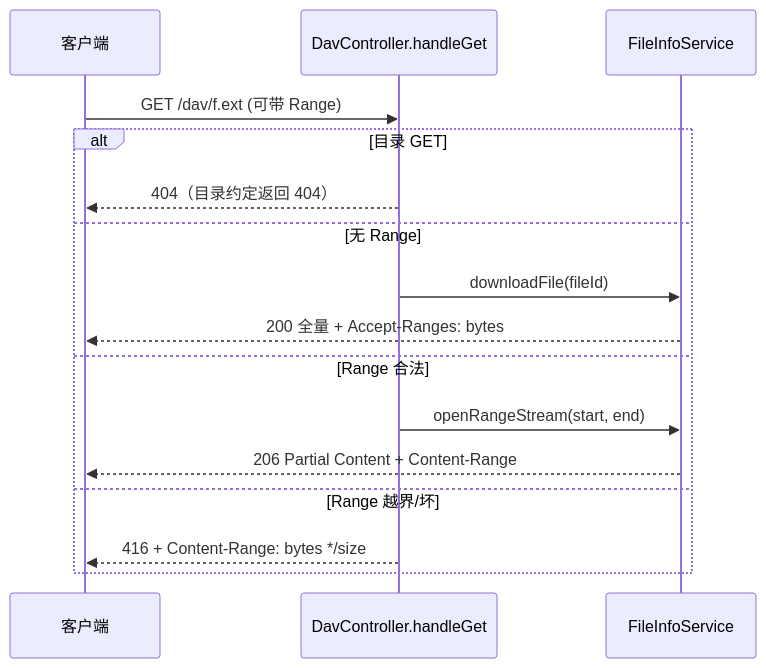
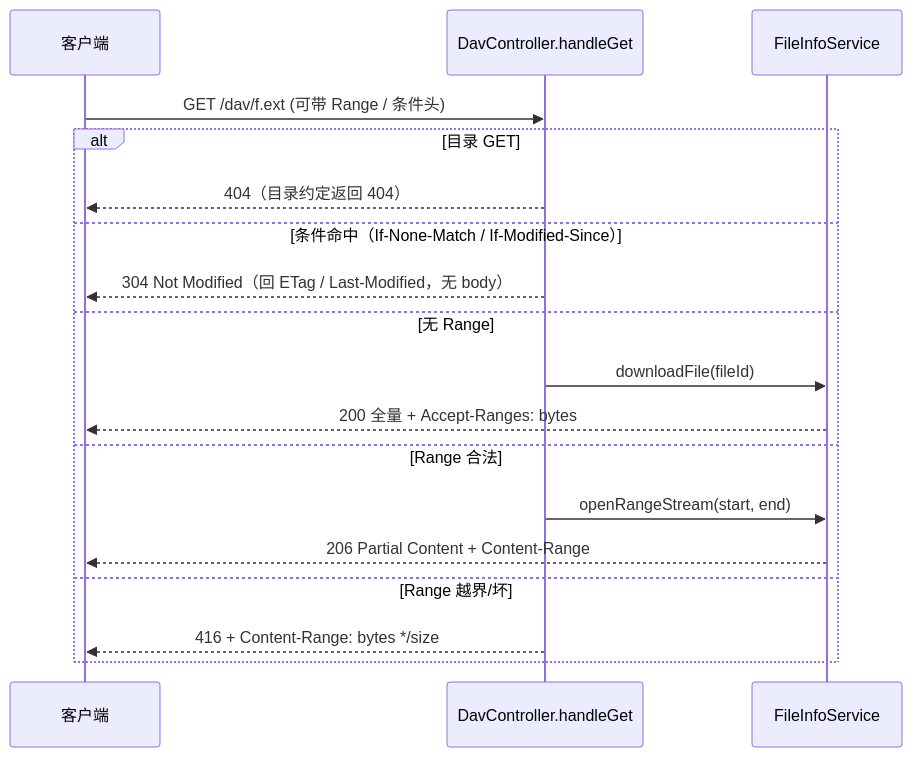
Before and after one commit to guangheUlti/gfs: the second of 3 diagrams in doc/11-对外文件服务设计.md, drawn with Mermaid. The commit also changed other lines of this file and 1 other file, not shown here.

First line of the commit message:
docs(service): 同步 AList v2 入口与 WebDAV 兼容性说明

````diff
--- a/doc/11-对外文件服务设计.md
+++ b/doc/11-对外文件服务设计.md
@@ -122,18 +125,20 @@
 ```mermaid
 sequenceDiagram
     participant 客户端
     participant DavController as DavController.handleGet
     participant FileInfoService as FileInfoService
-    客户端->>DavController: GET /dav/f.ext (可带 Range)
+    客户端->>DavController: GET /dav/f.ext (可带 Range / 条件头)
     alt 目录 GET
         DavController-->>客户端: 404（目录约定返回 404）
+    else 条件命中（If-None-Match / If-Modified-Since）
+        DavController-->>客户端: 304 Not Modified（回 ETag / Last-Modified，无 body）
     else 无 Range
         DavController->>FileInfoService: downloadFile(fileId)
         FileInfoService-->>客户端: 200 全量 + Accept-Ranges: bytes
     else Range 合法
         DavController->>FileInfoService: openRangeStream(start, end)
         FileInfoService-->>客户端: 206 Partial Content + Content-Range
     else Range 越界/坏
         DavController-->>客户端: 416 + Content-Range: bytes */size
     end
 ```
````
